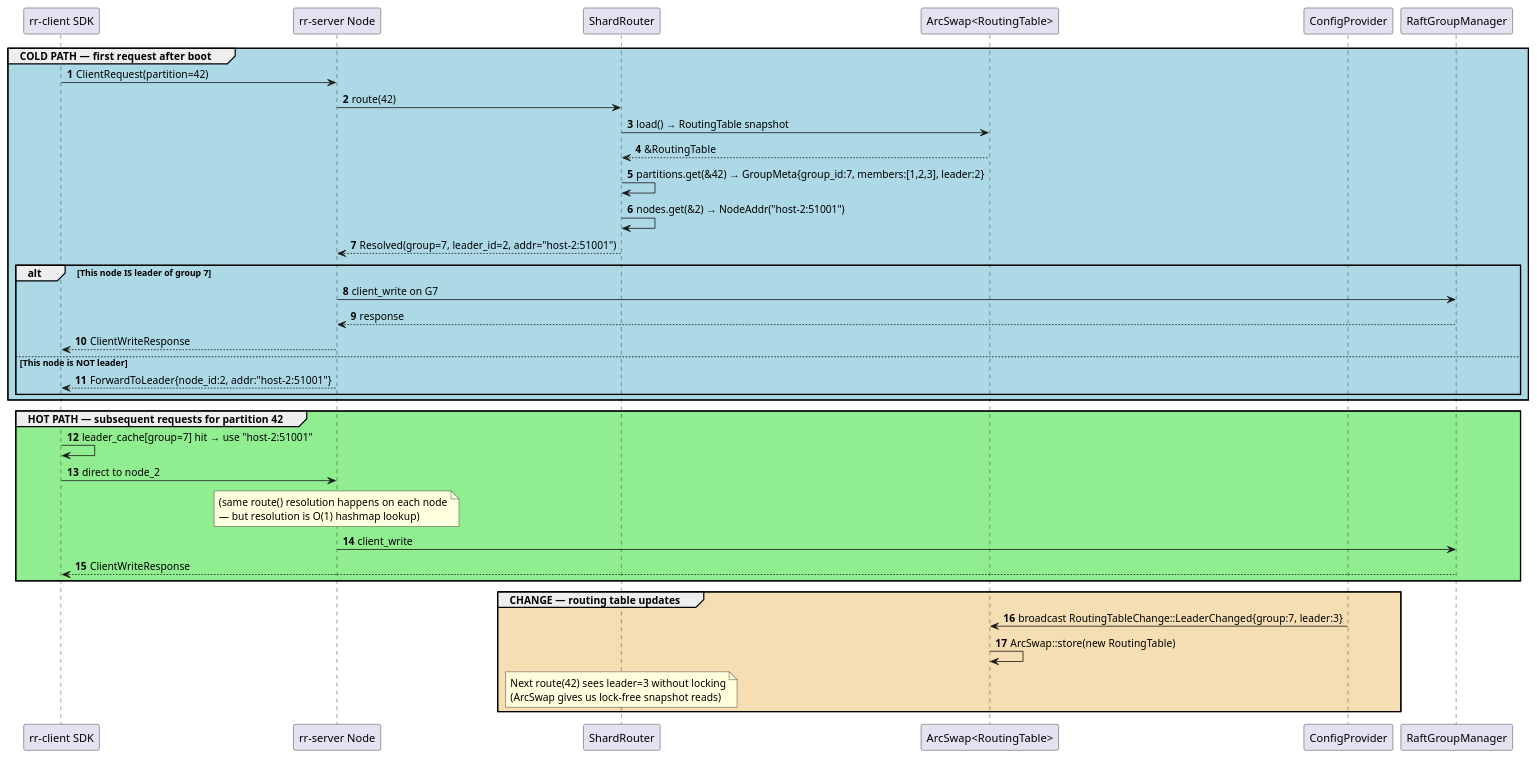
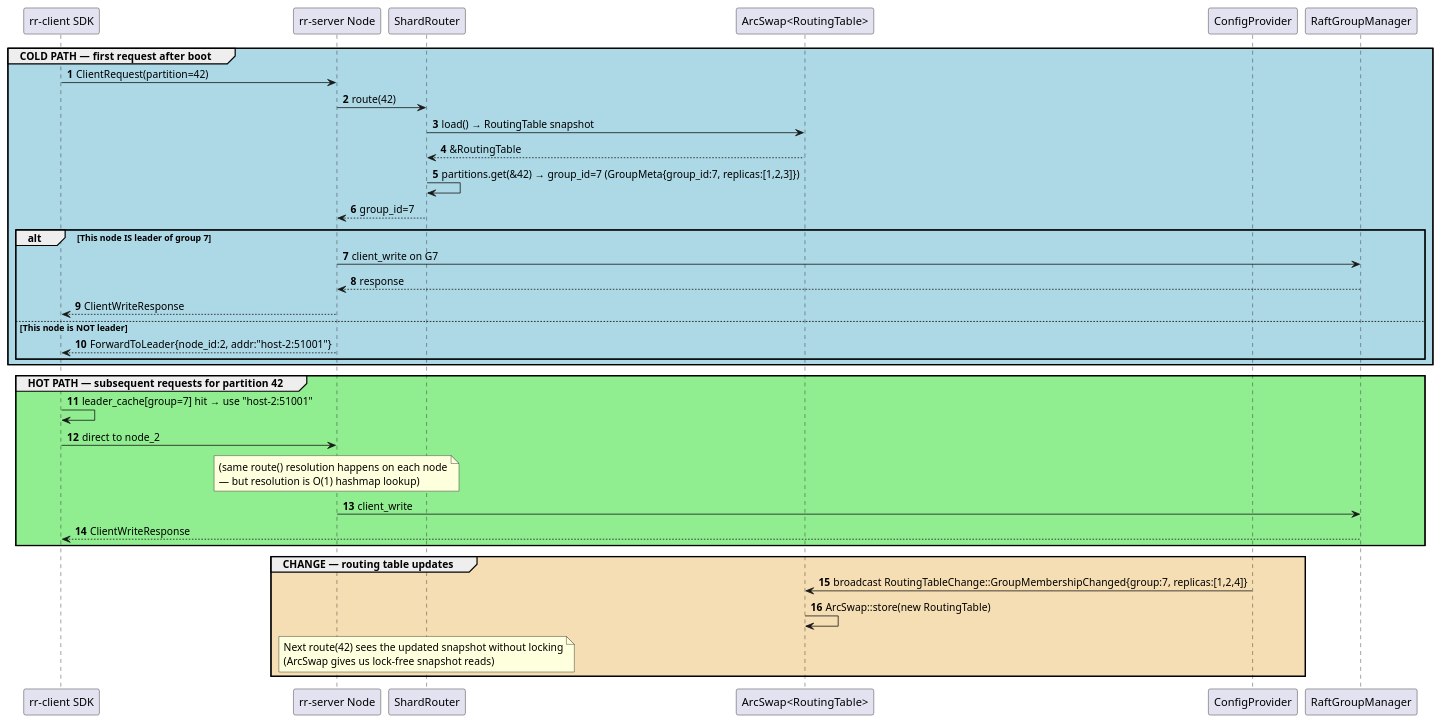
One commit to gardenias/rr changed the second of 2 diagrams in docs/docs/architecture/c4/dynamic-shard-routing.md. Above: the diagram before and after it, drawn with PlantUML. The commit also changed other lines of this file and 97 other files, not shown here.

````diff
--- a/docs/docs/architecture/c4/dynamic-shard-routing.md
+++ b/docs/docs/architecture/c4/dynamic-shard-routing.md
@@ -47,43 +46,42 @@
 ```plantuml
 @startuml
 autonumber
 participant Client as "rr-client SDK"
 participant Node as "rr-server Node"
 participant Router as "ShardRouter"
 participant Snap as "ArcSwap<RoutingTable>"
 participant Cfg as "ConfigProvider"
 participant Raft as "RaftGroupManager"
 
 group #LightBlue COLD PATH — first request after boot
   Client -> Node : ClientRequest(partition=42)
   Node -> Router : route(42)
   Router -> Snap : load() → RoutingTable snapshot
   Snap --> Router : &RoutingTable
-  Router -> Router : partitions.get(&42) → GroupMeta{group_id:7, members:[1,2,3], leader:2}
-  Router -> Router : nodes.get(&2) → NodeAddr("host-2:51001")
-  Router --> Node : Resolved(group=7, leader_id=2, addr="host-2:51001")
+  Router -> Router : partitions.get(&42) → group_id=7 (GroupMeta{group_id:7, replicas:[1,2,3]})
+  Router --> Node : group_id=7
 
   alt This node IS leader of group 7
     Node -> Raft : client_write on G7
     Raft --> Node : response
     Node --> Client : ClientWriteResponse
   else This node is NOT leader
     Node --> Client : ForwardToLeader{node_id:2, addr:"host-2:51001"}
   end
 end
 
 group #LightGreen HOT PATH — subsequent requests for partition 42
   Client -> Client : leader_cache[group=7] hit → use "host-2:51001"
   Client -> Node : direct to node_2
   note over Node : (same route() resolution happens on each node\n— but resolution is O(1) hashmap lookup)
   Node -> Raft : client_write
   Raft --> Client : ClientWriteResponse
 end
 
 group #Wheat CHANGE — routing table updates
-  Cfg -> Snap : broadcast RoutingTableChange::LeaderChanged{group:7, leader:3}
+  Cfg -> Snap : broadcast RoutingTableChange::GroupMembershipChanged{group:7, replicas:[1,2,4]}
   Snap -> Snap : ArcSwap::store(new RoutingTable)
-  note over Router : Next route(42) sees leader=3 without locking\n(ArcSwap gives us lock-free snapshot reads)
+  note over Router : Next route(42) sees the updated snapshot without locking\n(ArcSwap gives us lock-free snapshot reads)
 end
 @enduml
 ```
````
